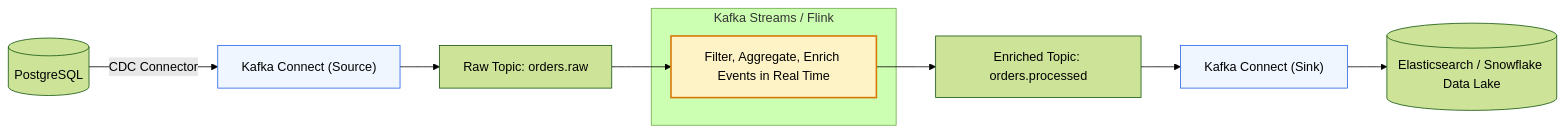
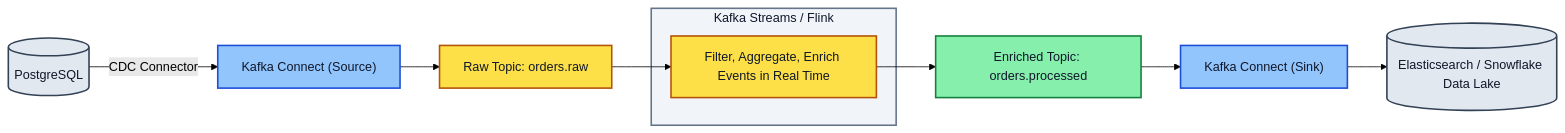
Before and after one commit to PandeyKishan/Study-Notes: the fourth of 4 diagrams in 03-Apache-Kafka/04-KRaft-Schema-Registry-and-Streams.md, drawn with Mermaid (forest theme). The commit also changed other lines of this file and 22 other files, not shown here.

Commit message:
docs: enhance diagram visibility with high-contrast palette and add concise book definitions

````diff
--- a/03-Apache-Kafka/04-KRaft-Schema-Registry-and-Streams.md
+++ b/03-Apache-Kafka/04-KRaft-Schema-Registry-and-Streams.md
@@ -187,19 +203,24 @@
 ```mermaid
 flowchart LR
     DB[(PostgreSQL)] -->|CDC Connector| Source["Kafka Connect (Source)"]
     Source --> Raw["Raw Topic: orders.raw"]
     
     subgraph Stream_Engine["Kafka Streams / Flink"]
         KS["Filter, Aggregate, Enrich Events in Real Time"]
     end
     
     Raw --> KS
     KS --> Enriched["Enriched Topic: orders.processed"]
     
     Enriched --> Sink["Kafka Connect (Sink)"]
     Sink --> ES[(Elasticsearch / Snowflake Data Lake)]
 
-    style Source fill:#eff6ff,stroke:#2563eb,stroke-width:1px
-    style KS fill:#fef3c7,stroke:#d97706,stroke-width:2px
-    style Sink fill:#eff6ff,stroke:#2563eb,stroke-width:1px
+    style Stream_Engine fill:#f1f5f9,stroke:#64748b,stroke-width:2px,color:#0f172a
+    style DB fill:#e2e8f0,stroke:#334155,stroke-width:2px,color:#0f172a
+    style ES fill:#e2e8f0,stroke:#334155,stroke-width:2px,color:#0f172a
+    style Source fill:#93c5fd,stroke:#1d4ed8,stroke-width:2px,color:#0f172a
+    style Sink fill:#93c5fd,stroke:#1d4ed8,stroke-width:2px,color:#0f172a
+    style Raw fill:#fde047,stroke:#b45309,stroke-width:2px,color:#0f172a
+    style Enriched fill:#86efac,stroke:#15803d,stroke-width:2px,color:#0f172a
+    style KS fill:#fde047,stroke:#b45309,stroke-width:2px,color:#0f172a
 ```
````
